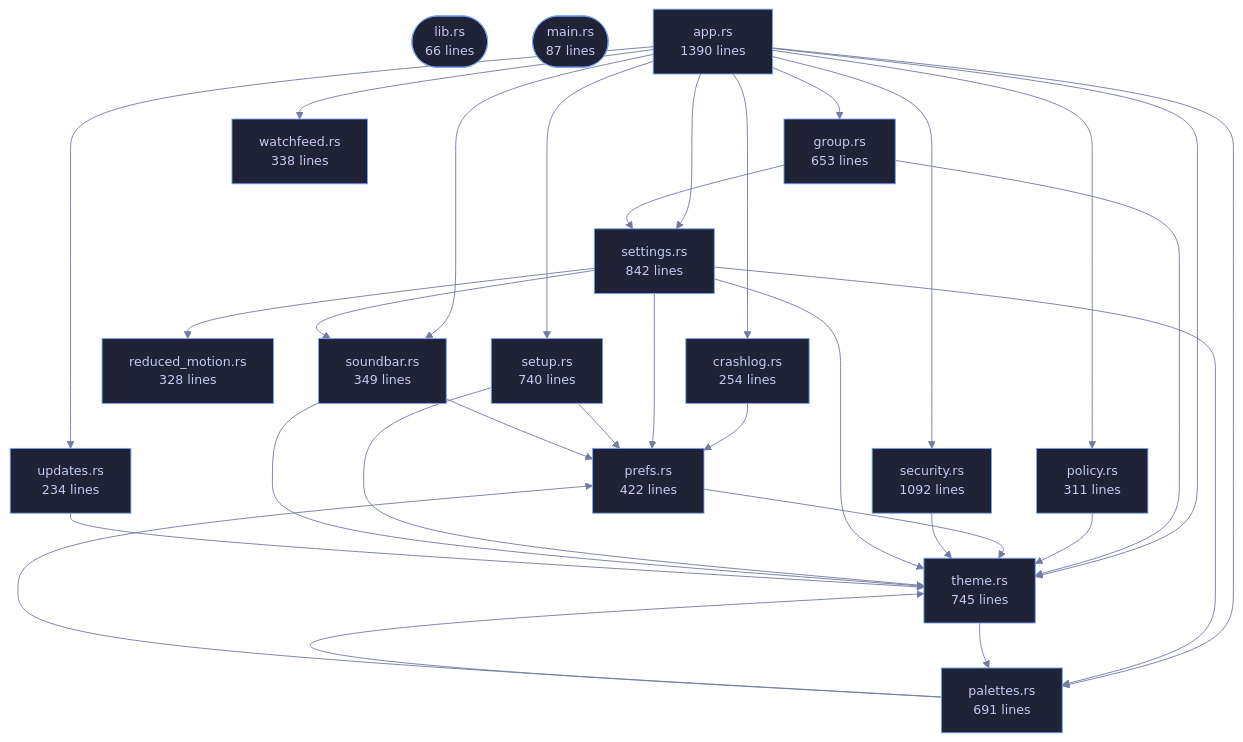
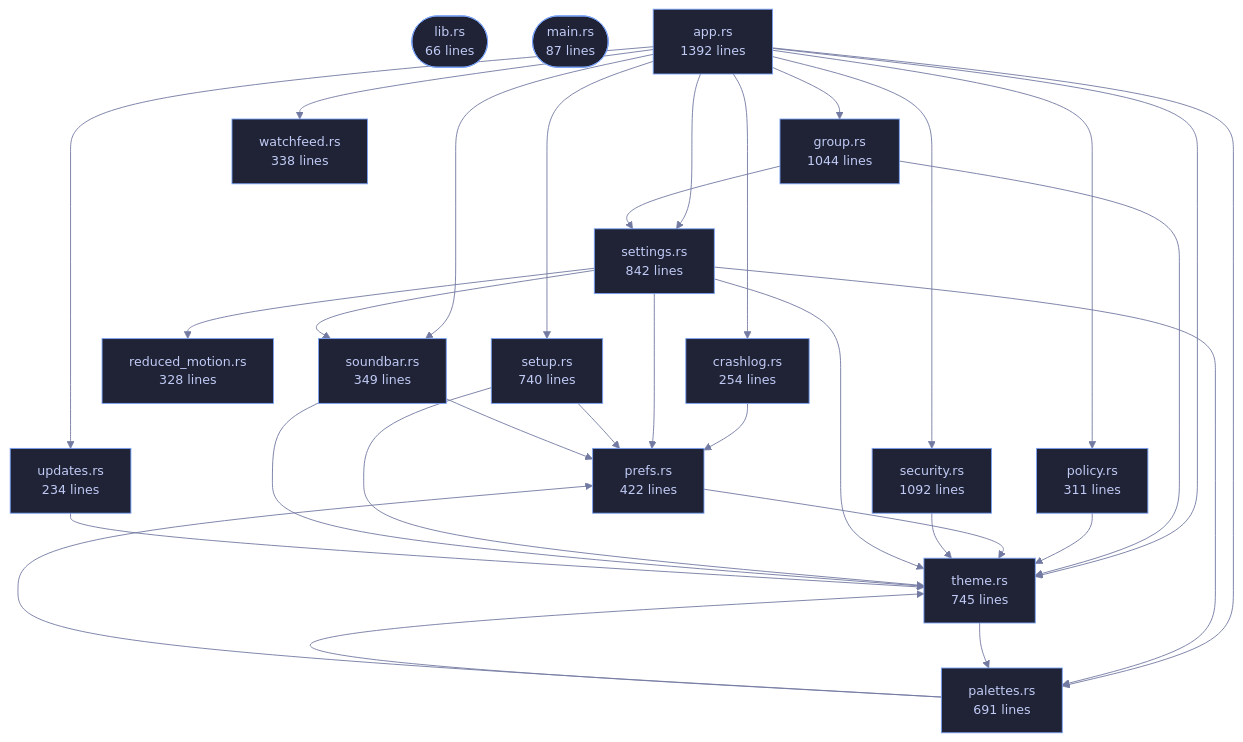
The diagram in crates/veilvoice-gui/README.md (tilas01/veilvoice), drawn with Mermaid before and after one commit. The commit also changed other lines of this file and 44 other files, not shown here.

````diff
--- a/crates/veilvoice-gui/README.md
+++ b/crates/veilvoice-gui/README.md
@@ -81,66 +81,66 @@
 ```mermaid
 %%{init: {"theme":"base","themeVariables":{"background":"#1a1b26","primaryColor":"#1f2335","primaryTextColor":"#c0caf5","primaryBorderColor":"#7aa2f7","secondaryColor":"#16161e","tertiaryColor":"#16161e","lineColor":"#737aa2","textColor":"#c0caf5","mainBkg":"#1f2335","nodeBorder":"#7aa2f7","clusterBkg":"#16161e","clusterBorder":"#2f3549","fontFamily":"ui-monospace, SFMono-Regular, Consolas, monospace","fontSize":"14px"}}}%%
 flowchart TD
     n_lib(["lib.rs<br/>66 lines"])
     n_main(["main.rs<br/>87 lines"])
-    n_app["app.rs<br/>1390 lines"]
+    n_app["app.rs<br/>1392 lines"]
     n_crashlog["crashlog.rs<br/>254 lines"]
-    n_group["group.rs<br/>653 lines"]
+    n_group["group.rs<br/>1044 lines"]
     n_palettes["palettes.rs<br/>691 lines"]
     n_policy["policy.rs<br/>311 lines"]
     n_prefs["prefs.rs<br/>422 lines"]
     n_reduced_motion["reduced_motion.rs<br/>328 lines"]
     n_security["security.rs<br/>1092 lines"]
     n_settings["settings.rs<br/>842 lines"]
     n_setup["setup.rs<br/>740 lines"]
     n_soundbar["soundbar.rs<br/>349 lines"]
     n_theme["theme.rs<br/>745 lines"]
     n_updates["updates.rs<br/>234 lines"]
     n_watchfeed["watchfeed.rs<br/>338 lines"]
     n_app --> n_crashlog
     n_app --> n_group
     n_app --> n_palettes
     n_app --> n_policy
     n_app --> n_security
     n_app --> n_settings
     n_app --> n_setup
     n_app --> n_soundbar
     n_app --> n_theme
     n_app --> n_updates
     n_app --> n_watchfeed
     n_crashlog --> n_prefs
     n_group --> n_settings
     n_group --> n_theme
     n_palettes --> n_prefs
     n_palettes --> n_theme
     n_policy --> n_theme
     n_prefs --> n_theme
     n_security --> n_theme
     n_settings --> n_palettes
     n_settings --> n_prefs
     n_settings --> n_reduced_motion
     n_settings --> n_soundbar
     n_settings --> n_theme
     n_setup --> n_prefs
     n_setup --> n_theme
     n_soundbar --> n_prefs
     n_soundbar --> n_theme
     n_theme --> n_palettes
     n_updates --> n_theme
     click n_lib href "https://github.com/tilas01/veilvoice/blob/main/crates/veilvoice-gui/src/lib.rs" "open the source"
     click n_main href "https://github.com/tilas01/veilvoice/blob/main/crates/veilvoice-gui/src/main.rs" "open the source"
     click n_app href "https://github.com/tilas01/veilvoice/blob/main/crates/veilvoice-gui/src/app.rs" "open the source"
     click n_crashlog href "https://github.com/tilas01/veilvoice/blob/main/crates/veilvoice-gui/src/crashlog.rs" "open the source"
     click n_group href "https://github.com/tilas01/veilvoice/blob/main/crates/veilvoice-gui/src/group.rs" "open the source"
     click n_palettes href "https://github.com/tilas01/veilvoice/blob/main/crates/veilvoice-gui/src/palettes.rs" "open the source"
     click n_policy href "https://github.com/tilas01/veilvoice/blob/main/crates/veilvoice-gui/src/policy.rs" "open the source"
     click n_prefs href "https://github.com/tilas01/veilvoice/blob/main/crates/veilvoice-gui/src/prefs.rs" "open the source"
     click n_reduced_motion href "https://github.com/tilas01/veilvoice/blob/main/crates/veilvoice-gui/src/reduced_motion.rs" "open the source"
     click n_security href "https://github.com/tilas01/veilvoice/blob/main/crates/veilvoice-gui/src/security.rs" "open the source"
     click n_settings href "https://github.com/tilas01/veilvoice/blob/main/crates/veilvoice-gui/src/settings.rs" "open the source"
     click n_setup href "https://github.com/tilas01/veilvoice/blob/main/crates/veilvoice-gui/src/setup.rs" "open the source"
     click n_soundbar href "https://github.com/tilas01/veilvoice/blob/main/crates/veilvoice-gui/src/soundbar.rs" "open the source"
     click n_theme href "https://github.com/tilas01/veilvoice/blob/main/crates/veilvoice-gui/src/theme.rs" "open the source"
     click n_updates href "https://github.com/tilas01/veilvoice/blob/main/crates/veilvoice-gui/src/updates.rs" "open the source"
     click n_watchfeed href "https://github.com/tilas01/veilvoice/blob/main/crates/veilvoice-gui/src/watchfeed.rs" "open the source"
 ```
````
